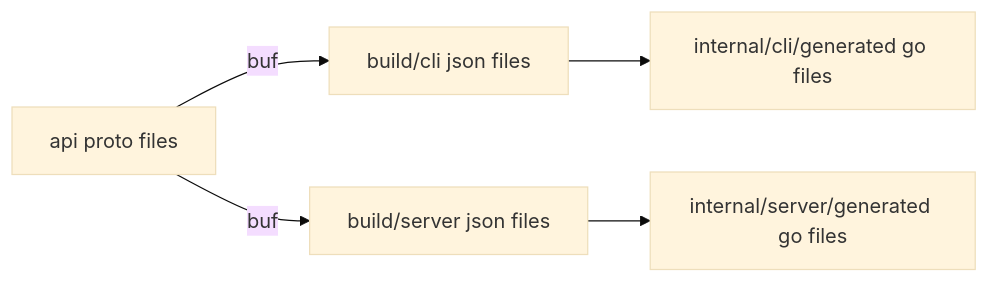
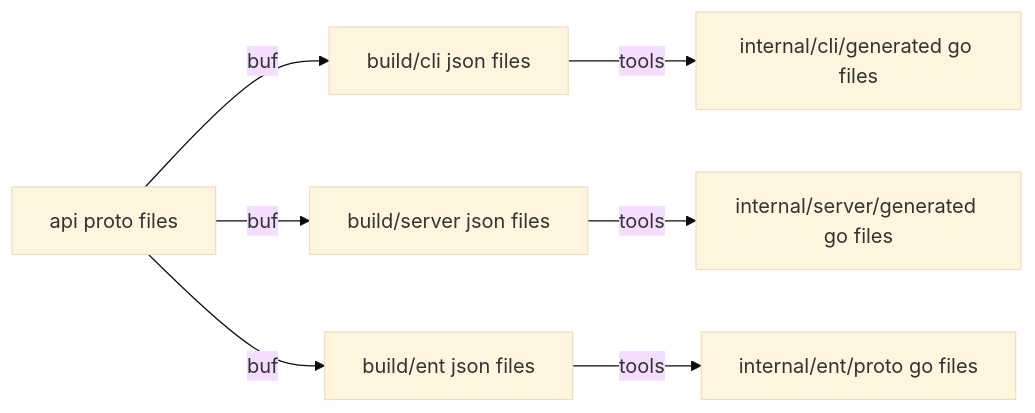
The diagram in docs/protogen/README.md (nokamoto/2pf23), drawn with Mermaid (base theme) before and after one commit. The commit also changed other lines of this file, not shown here.

````diff
--- a/docs/protogen/README.md
+++ b/docs/protogen/README.md
@@ -4,7 +4,9 @@
 ```mermaid
 flowchart LR
     api[api proto files] --buf--> buildcli[build/cli json files]
-    buildcli --> gocli[internal/cli/generated go files]
+    buildcli --tools--> gocli[internal/cli/generated go files]
     api --buf--> buildserver[build/server json files]
-    buildserver --> goserver[internal/server/generated go files]
+    buildserver --tools--> goserver[internal/server/generated go files]
+    api --buf--> buildent[build/ent json files]
+    buildent --tools--> goent[internal/ent/proto go files]
 ```
````
